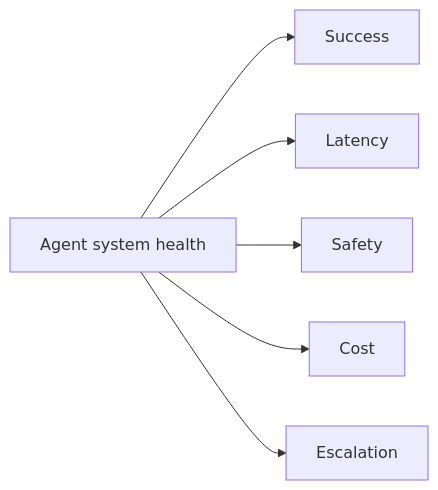
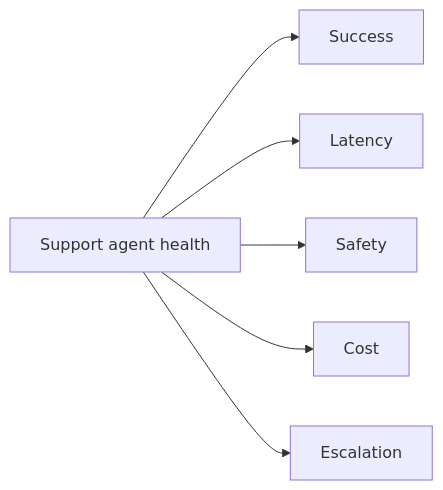
The diagram in docs/book/part-v/chapter-12.en.md (agent-axiom/agent-arch), drawn with Mermaid before and after one commit. The commit also changed other lines of this file and 2 other files, not shown here.

Commit message:
Rewrite chapter 12 around the support-agent SLO model

````diff
--- a/docs/book/part-v/chapter-12.en.md
+++ b/docs/book/part-v/chapter-12.en.md
@@ -107,8 +135,8 @@
 ``` mermaid
 flowchart LR
-    A["Agent system health"] --> B["Success"]
+    A["Support agent health"] --> B["Success"]
     A --> C["Latency"]
     A --> D["Safety"]
     A --> E["Cost"]
     A --> F["Escalation"]
 ```
````
